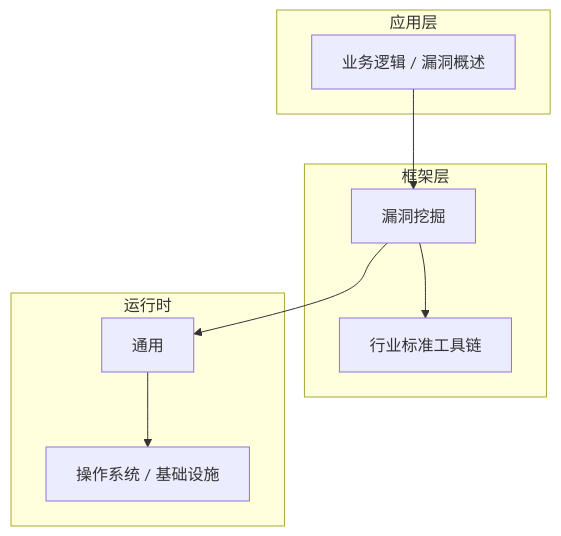
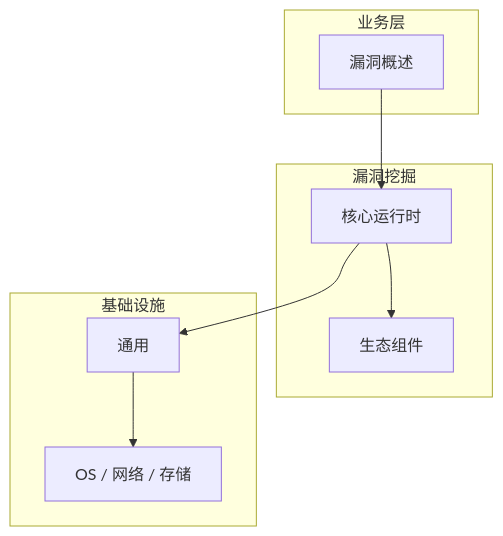
Before and after one commit to yanggan2015/knowledge-json-v2: the diagram in articles/漏洞挖掘/chapters/001-漏洞概述核心概念与原理.md, drawn with Mermaid. The commit also changed other lines of this file and 10127 other files, not shown here.

````diff
--- a/articles/漏洞挖掘/chapters/001-漏洞概述核心概念与原理.md
+++ b/articles/漏洞挖掘/chapters/001-漏洞概述核心概念与原理.md
@@ -46,18 +31,18 @@
 ```mermaid
 graph TB
-    subgraph 应用层
-        A[业务逻辑 / 漏洞概述]
+    subgraph 业务层
+        A[漏洞概述]
     end
-    subgraph 框架层
-        B[漏洞挖掘]
-        C[行业标准工具链]
+    subgraph 漏洞挖掘
+        B[核心运行时]
+        C[生态组件]
     end
-    subgraph 运行时
+    subgraph 基础设施
         D[通用]
-        E[操作系统 / 基础设施]
+        E[OS / 网络 / 存储]
     end
     A --> B
     B --> C
     B --> D
     D --> E
 ```
````
